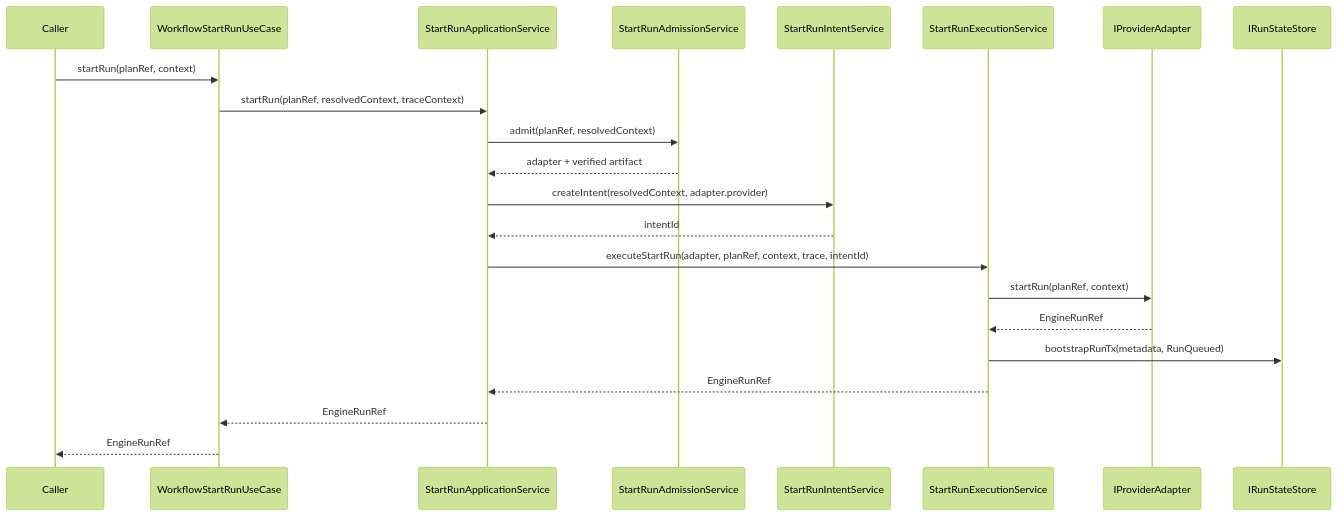
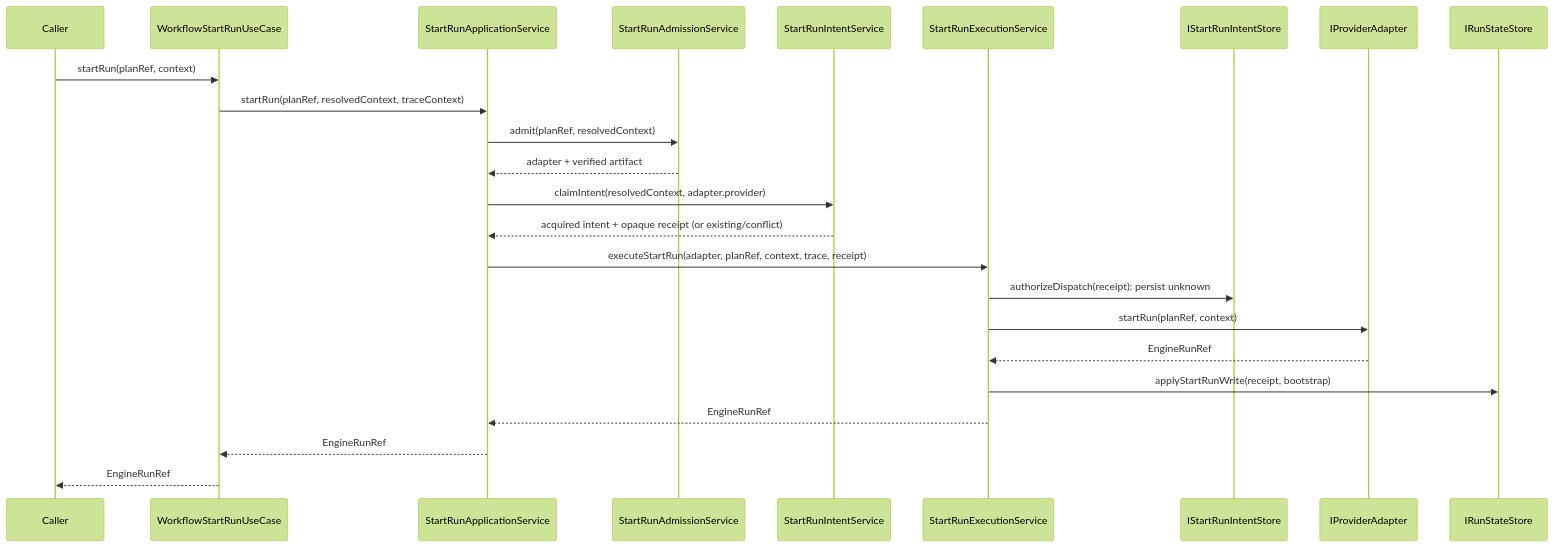
Before and after one commit to dunay2/dvt: the second of 4 diagrams in docs/architecture/components/engine/architecture/start-run-application-decomposition-diagrams.md, drawn with Mermaid (forest theme). The commit also changed other lines of this file and 106 other files, not shown here.

Commit message:
fix(engine): Fence start ownership and reconcile unknown outcomes without redispatch (#3506)

````diff
--- a/docs/architecture/components/engine/architecture/start-run-application-decomposition-diagrams.md
+++ b/docs/architecture/components/engine/architecture/start-run-application-decomposition-diagrams.md
@@ -53,25 +58,27 @@
 ```mermaid
 sequenceDiagram
   participant Caller
   participant UseCase as WorkflowStartRunUseCase
   participant App as StartRunApplicationService
   participant Admission as StartRunAdmissionService
   participant Intent as StartRunIntentService
   participant Execution as StartRunExecutionService
+  participant IntentStore as IStartRunIntentStore
   participant Provider as IProviderAdapter
   participant Store as IRunStateStore
 
   Caller->>UseCase: startRun(planRef, context)
   UseCase->>App: startRun(planRef, resolvedContext, traceContext)
   App->>Admission: admit(planRef, resolvedContext)
   Admission-->>App: adapter + verified artifact
-  App->>Intent: createIntent(resolvedContext, adapter.provider)
-  Intent-->>App: intentId
-  App->>Execution: executeStartRun(adapter, planRef, context, trace, intentId)
+  App->>Intent: claimIntent(resolvedContext, adapter.provider)
+  Intent-->>App: acquired intent + opaque receipt (or existing/conflict)
+  App->>Execution: executeStartRun(adapter, planRef, context, trace, receipt)
+  Execution->>IntentStore: authorizeDispatch(receipt): persist unknown
   Execution->>Provider: startRun(planRef, context)
   Provider-->>Execution: EngineRunRef
-  Execution->>Store: bootstrapRunTx(metadata, RunQueued)
+  Execution->>Store: applyStartRunWrite(receipt, bootstrap)
   Execution-->>App: EngineRunRef
   App-->>UseCase: EngineRunRef
   UseCase-->>Caller: EngineRunRef
 ```
````
